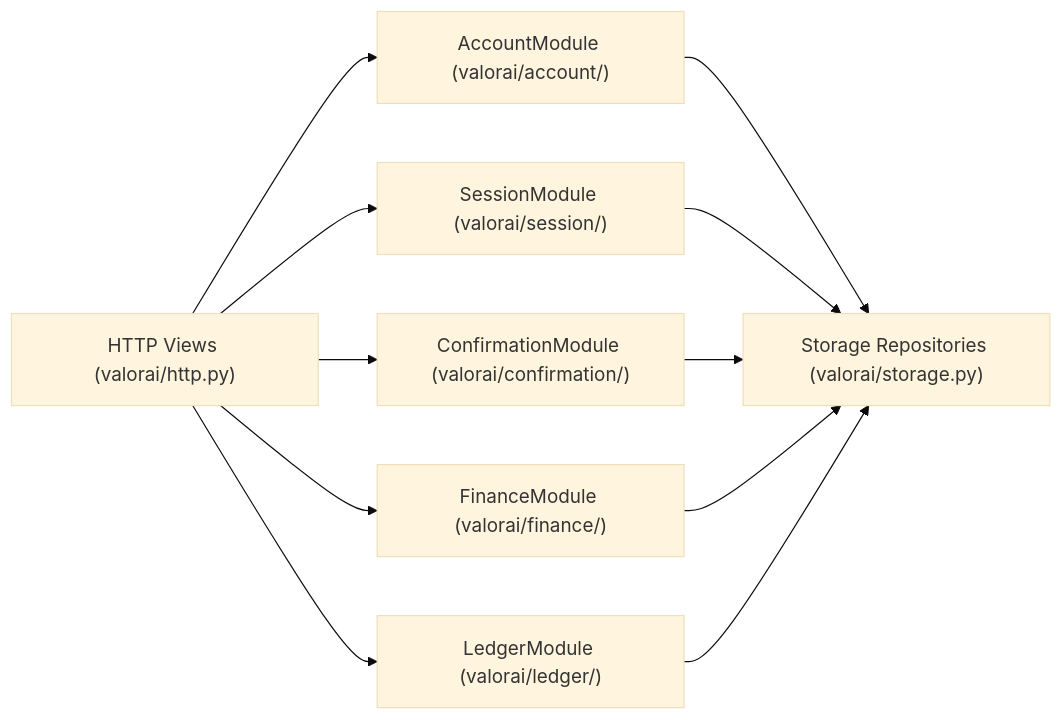
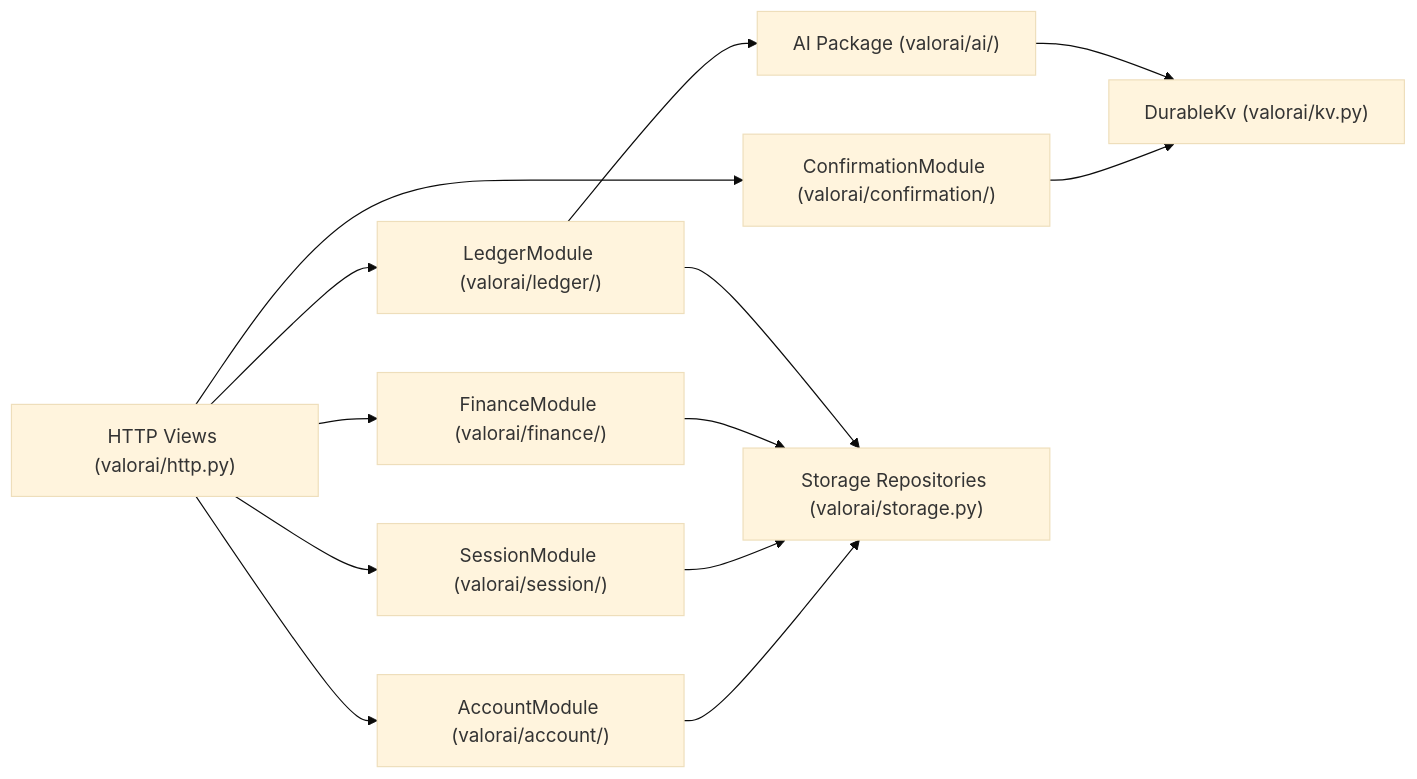
One commit to noti0nS/valorai changed the second of 2 diagrams in ARCHITECTURE.md. Above: the diagram before and after it, drawn with Mermaid (base theme). The commit also changed other lines of this file, not shown here.

Commit message:
docs: update ARCHITECTURE.md with ADRs 0003-0007 and current API

````diff
--- a/ARCHITECTURE.md
+++ b/ARCHITECTURE.md
@@ -53,22 +61,26 @@
 ```mermaid
 flowchart LR
     HTTP["HTTP Views (valorai/http.py)"]
     Account["AccountModule (valorai/account/)"]
     Session["SessionModule (valorai/session/)"]
     Confirm["ConfirmationModule (valorai/confirmation/)"]
     Finance["FinanceModule (valorai/finance/)"]
     Ledger["LedgerModule (valorai/ledger/)"]
+    AI["AI Package (valorai/ai/)"]
     Storage["Storage Repositories (valorai/storage.py)"]
+    KV["DurableKv (valorai/kv.py)"]
 
     HTTP --> Account
     HTTP --> Session
     HTTP --> Confirm
     HTTP --> Finance
     HTTP --> Ledger
+    Ledger --> AI
 
     Account --> Storage
     Session --> Storage
-    Confirm --> Storage
+    Confirm --> KV
     Finance --> Storage
     Ledger --> Storage
+    AI --> KV
 ```
````
